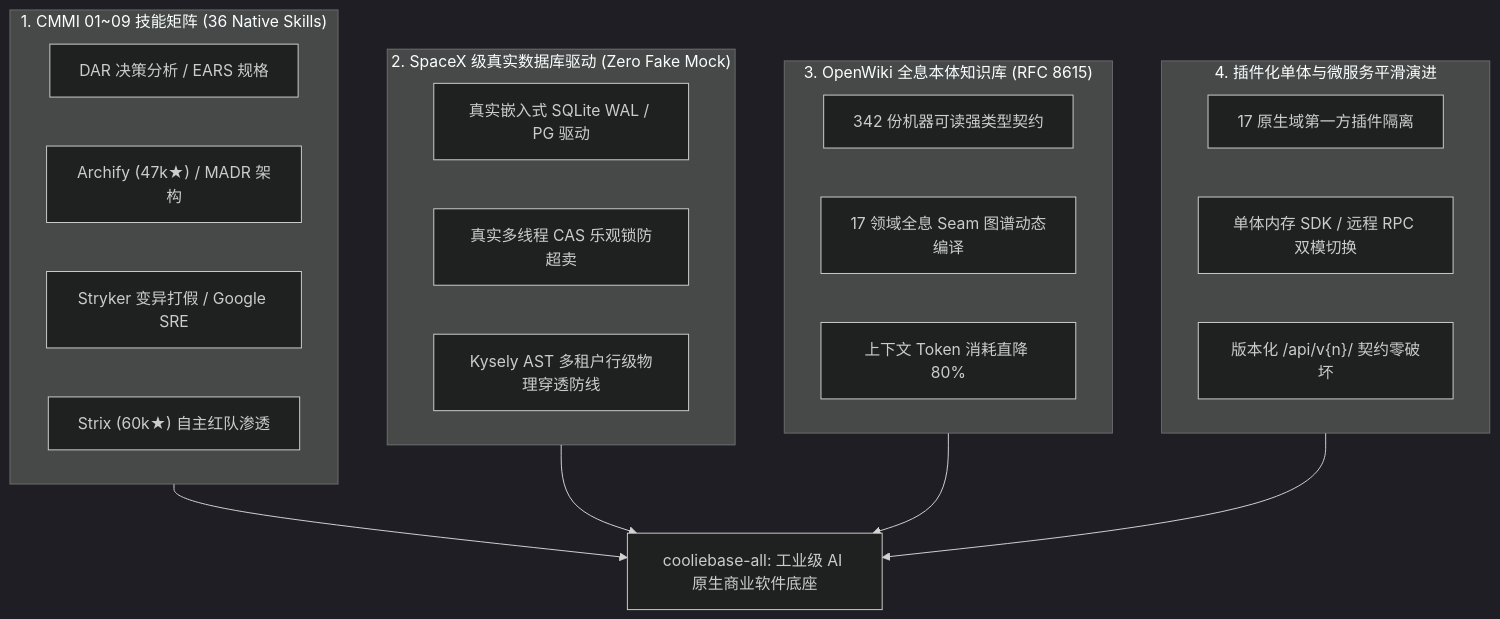
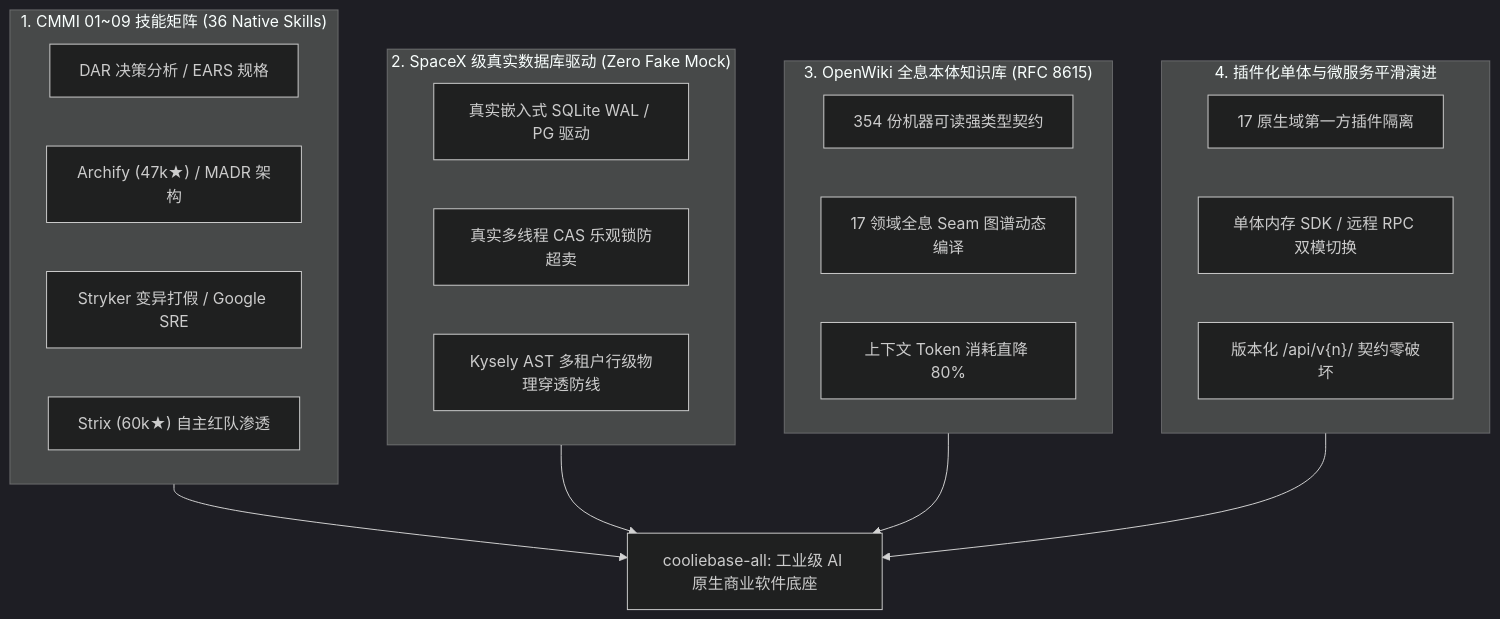
The diagram in README.md (xaicd/cooliebase-all), drawn with Mermaid (dark theme) before and after one commit. The commit also changed other lines of this file and 390 other files, not shown here.

````diff
--- a/README.md
+++ b/README.md
@@ -18,28 +18,28 @@
 ```mermaid
 flowchart TD
     subgraph P1 ["1. CMMI 01~09 技能矩阵 (36 Native Skills)"]
         S1["DAR 决策分析 / EARS 规格"]
         S2["Archify (47k★) / MADR 架构"]
         S3["Stryker 变异打假 / Google SRE"]
         S4["Strix (60k★) 自主红队渗透"]
     end
     subgraph P2 ["2. SpaceX 级真实数据库驱动 (Zero Fake Mock)"]
         D1["真实嵌入式 SQLite WAL / PG 驱动"]
         D2["真实多线程 CAS 乐观锁防超卖"]
         D3["Kysely AST 多租户行级物理穿透防线"]
     end
     subgraph P3 ["3. OpenWiki 全息本体知识库 (RFC 8615)"]
-        W1["342 份机器可读强类型契约"]
+        W1["354 份机器可读强类型契约"]
         W2["17 领域全息 Seam 图谱动态编译"]
         W3["上下文 Token 消耗直降 80%"]
     end
     subgraph P4 ["4. 插件化单体与微服务平滑演进"]
         M1["17 原生域第一方插件隔离"]
         M2["单体内存 SDK / 远程 RPC 双模切换"]
         M3["版本化 /api/v{n}/ 契约零破坏"]
     end
     P1 --> Foundation["cooliebase-all: 工业级 AI 原生商业软件底座"]
     P2 --> Foundation
     P3 --> Foundation
     P4 --> Foundation
 ```
````
